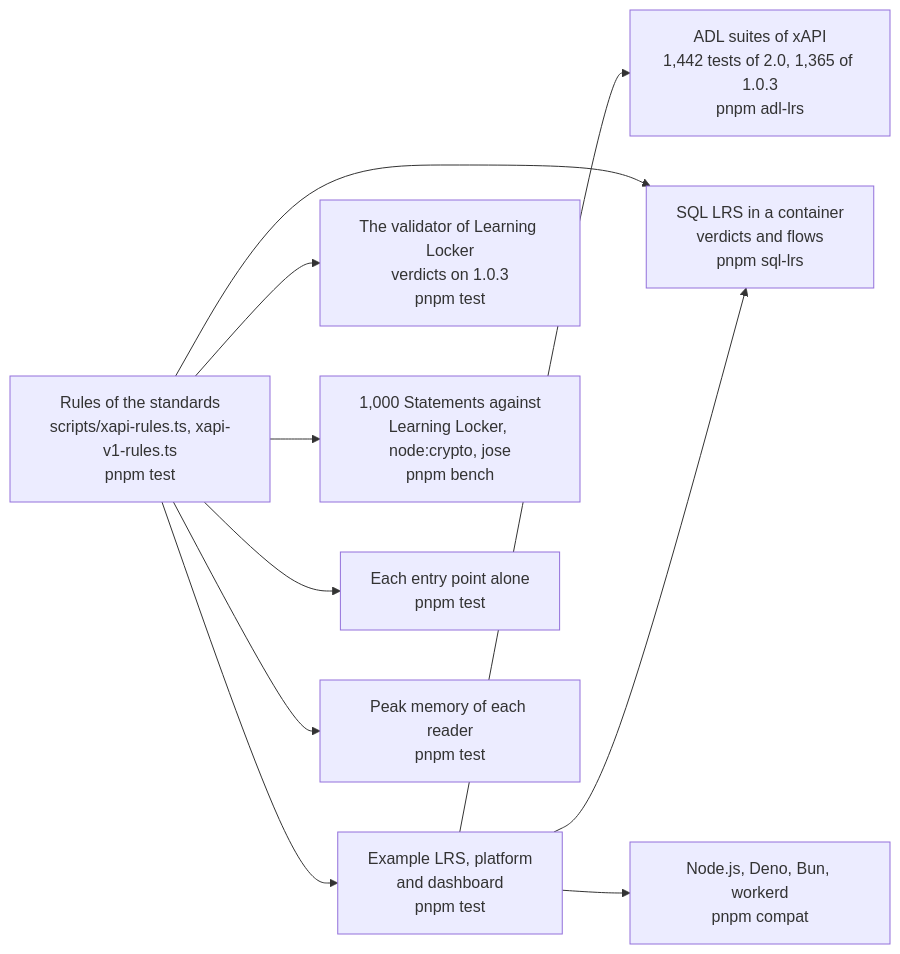
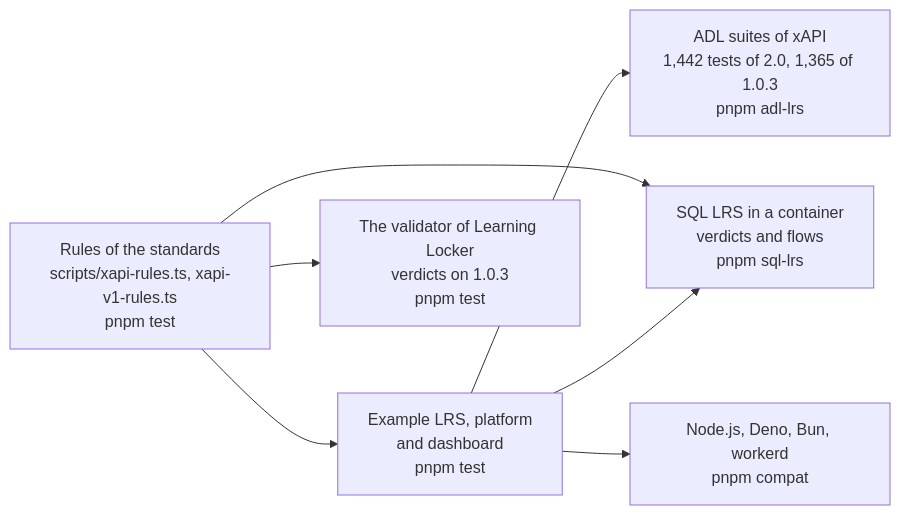
The diagram in docs/learning-records/evidence.md (interopkit/interopkit), drawn with Mermaid before and after one commit. The commit also changed other lines of this file and 43 other files, not shown here.

````diff
--- a/docs/learning-records/evidence.md
+++ b/docs/learning-records/evidence.md
@@ -8,12 +7,9 @@
 ```mermaid
 flowchart LR
   rules["Rules of the standards<br/>scripts/xapi-rules.ts, xapi-v1-rules.ts<br/>pnpm test"] --> example["Example LRS, platform<br/>and dashboard<br/>pnpm test"]
   example --> adl["ADL suites of xAPI<br/>1,442 tests of 2.0, 1,365 of 1.0.3<br/>pnpm adl-lrs"]
   rules --> sql["SQL LRS in a container<br/>verdicts and flows<br/>pnpm sql-lrs"]
   rules --> locker["The validator of Learning Locker<br/>verdicts on 1.0.3<br/>pnpm test"]
   example --> sql
   example --> runtimes["Node.js, Deno, Bun, workerd<br/>pnpm compat"]
-  rules --> speed["1,000 Statements against<br/>Learning Locker, node:crypto, jose<br/>pnpm bench"]
-  rules --> size["Each entry point alone<br/>pnpm test"]
-  rules --> memory["Peak memory of each reader<br/>pnpm test"]
 ```
````
